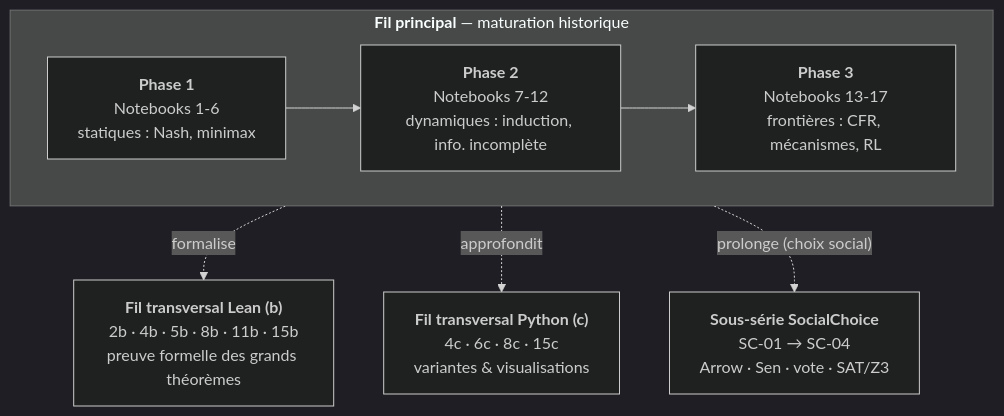
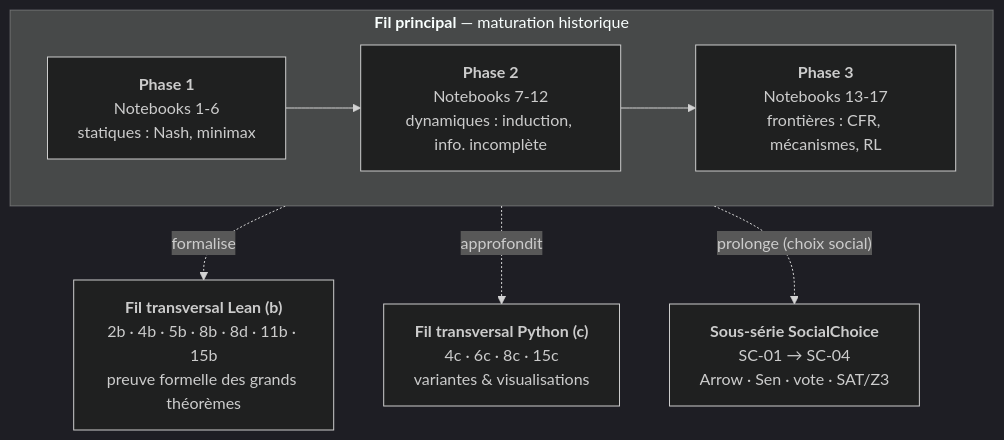
Before and after one commit to jsboige/CoursIA: the first of 2 diagrams in MyIA.AI.Notebooks/GameTheory/README.md, drawn with Mermaid (dark theme). The commit also changed other lines of this file and 3 other files, not shown here.

````diff
--- a/MyIA.AI.Notebooks/GameTheory/README.md
+++ b/MyIA.AI.Notebooks/GameTheory/README.md
@@ -178,16 +178,16 @@
 ```mermaid
 flowchart TD
     subgraph FIL["<b>Fil principal</b> — maturation historique"]
         direction LR
         P1["<b>Phase 1</b><br/>Notebooks 1-6<br/>statiques : Nash, minimax"]
         P2["<b>Phase 2</b><br/>Notebooks 7-12<br/>dynamiques : induction, info. incomplète"]
         P3["<b>Phase 3</b><br/>Notebooks 13-17<br/>frontières : CFR, mécanismes, RL"]
         P1 --> P2 --> P3
     end
-    LEAN["<b>Fil transversal Lean (b)</b><br/>2b · 4b · 5b · 8b · 11b · 15b<br/>preuve formelle des grands théorèmes"]
+    LEAN["<b>Fil transversal Lean (b)</b><br/>2b · 4b · 5b · 8b · 8d · 11b · 15b<br/>preuve formelle des grands théorèmes"]
     PYC["<b>Fil transversal Python (c)</b><br/>4c · 6c · 8c · 15c<br/>variantes &amp; visualisations"]
     SC["<b>Sous-série SocialChoice</b><br/>SC-01 → SC-04<br/>Arrow · Sen · vote · SAT/Z3"]
     FIL -.->|"formalise"| LEAN
     FIL -.->|"approfondit"| PYC
     FIL -.->|"prolonge (choix social)"| SC
 ```
````
